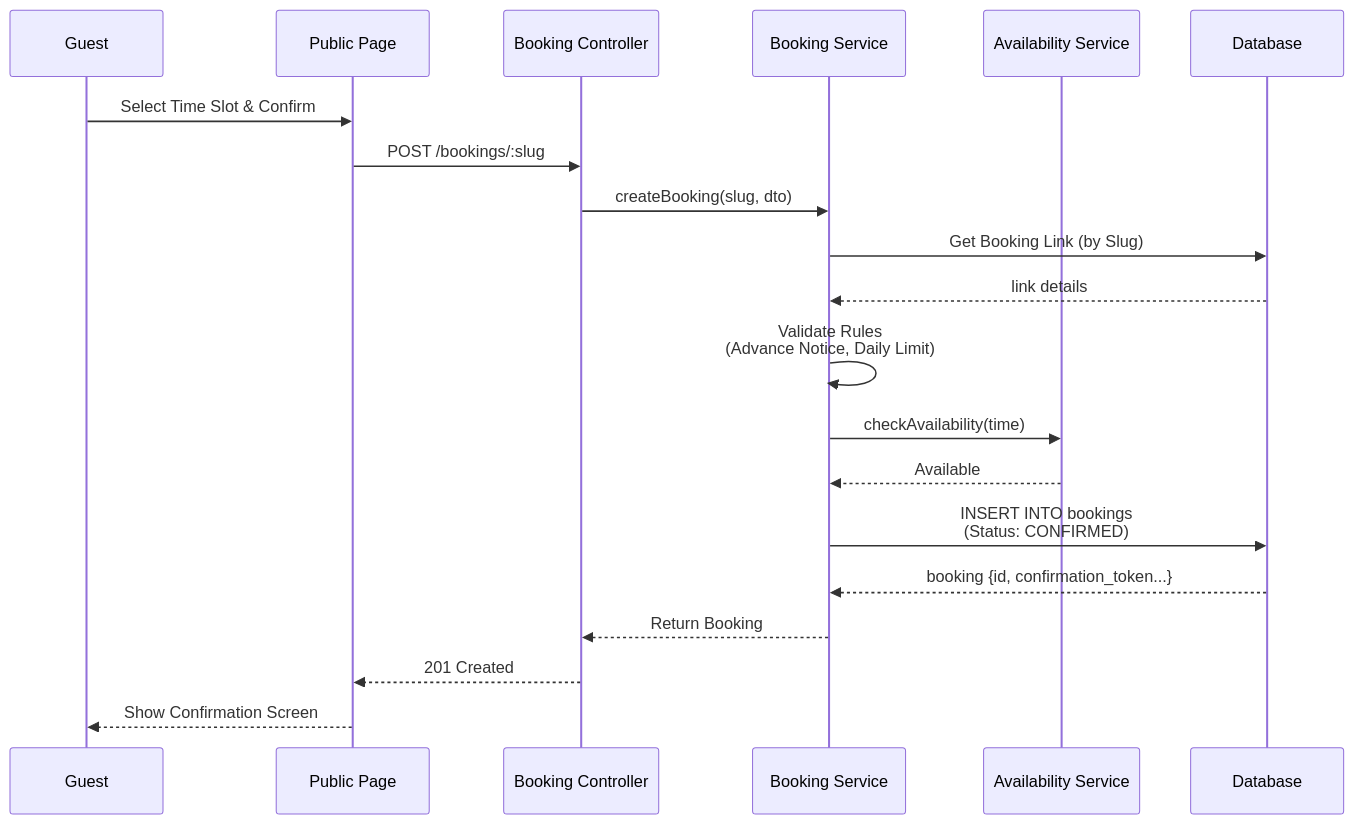
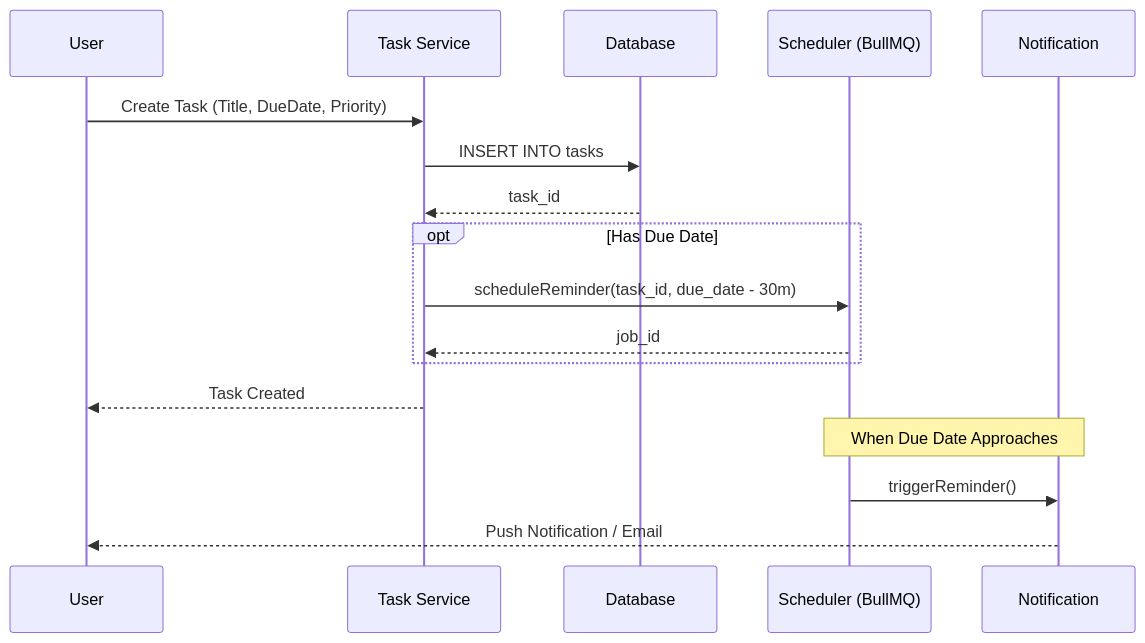
One commit to TDevUIT/Calento changed diagram 15 of 19 in reports/SE347_Báo Cáo_Nhóm 2.docx.md. Above: the diagram before and after it, drawn with Mermaid. The commit also changed other lines of this file, not shown here.

Commit message:
feat(report): update business process flows and sequence diagrams

````diff
--- a/reports/SE347_Báo Cáo_Nhóm 2.docx.md
+++ b/reports/SE347_Báo Cáo_Nhóm 2.docx.md
@@ -1852,32 +1660,23 @@
 ```mermaid
 sequenceDiagram
-    participant G as Guest
-    participant C as Public Page
-    participant S as Booking Controller
-    participant BS as Booking Service
-    participant V as Availability Service
+    participant U as User
+    participant TS as Task Service
     participant DB as Database
+    participant SCH as Scheduler (BullMQ)
+    participant N as Notification
 
-    G->>C: Select Time Slot & Confirm
-    C->>S: POST /bookings/:slug
+    U->>TS: Create Task (Title, DueDate, Priority)
+    TS->>DB: INSERT INTO tasks
+    DB-->>TS: task_id
     
-    S->>BS: createBooking(slug, dto)
+    opt Has Due Date
+        TS->>SCH: scheduleReminder(task_id, due_date - 30m)
+        SCH-->>TS: job_id
+    end
     
-    %% Step 1: Validation
-    BS->>DB: Get Booking Link (by Slug)
-    DB-->>BS: link details
+    TS-->>U: Task Created
     
-    BS->>BS: Validate Rules<br/>(Advance Notice, Daily Limit)
-    
-    BS->>V: checkAvailability(time)
-    V-->>BS: Available
-    
-    %% Step 2: Creation
-    BS->>DB: INSERT INTO bookings<br/>(Status: CONFIRMED)
-    DB-->>BS: booking {id, confirmation_token...}
-    
-    BS-->>S: Return Booking
-    S-->>C: 201 Created
-    
-    C-->>G: Show Confirmation Screen
+    Note over SCH,N: When Due Date Approaches
+    SCH->>N: triggerReminder()
+    N-->>U: Push Notification / Email
 ```
````
